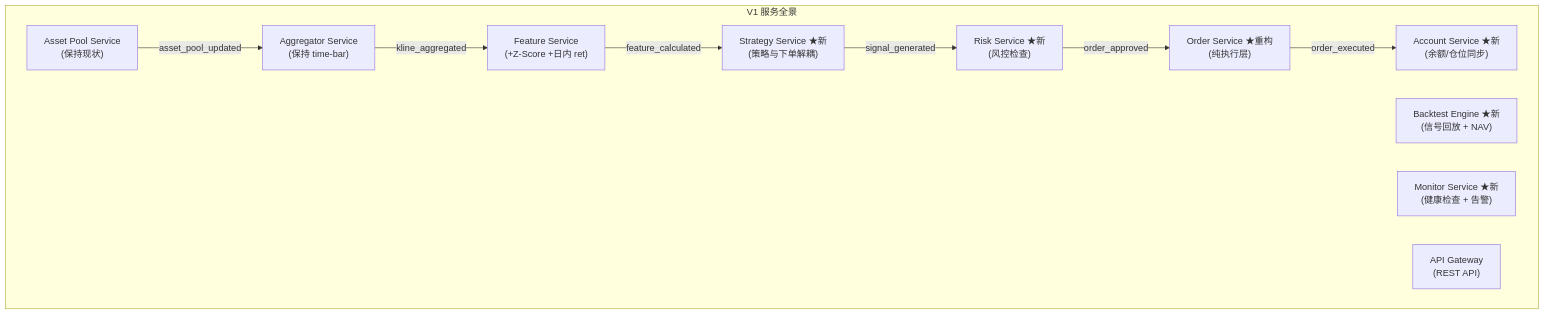
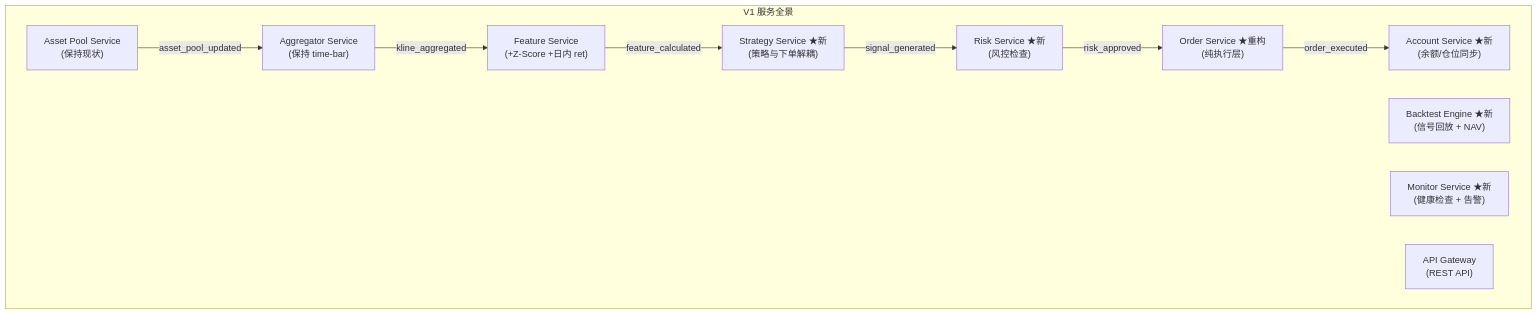
The first of 6 diagrams in content/overview/index.md (DragonQuantt/docs), drawn with Mermaid before and after one commit. The commit also changed other lines of this file and 3 other files, not shown here.

Commit message:
Update Redis and architecture documentation to replace `order_approved` with `risk_approved`.

````diff
--- a/content/overview/index.md
+++ b/content/overview/index.md
@@ -45,16 +45,16 @@
 ```mermaid
 flowchart TD
     subgraph v1Services ["V1 服务全景"]
         AssetPool["Asset Pool Service\n(保持现状)"]
         AssetPool -->|asset_pool_updated| Aggregator["Aggregator Service\n(保持 time-bar)"]
         Aggregator -->|kline_aggregated| Feature["Feature Service\n(+Z-Score +日内 ret)"]
         Feature -->|feature_calculated| Strategy["Strategy Service ★新\n(策略与下单解耦)"]
         Strategy -->|signal_generated| Risk["Risk Service ★新\n(风控检查)"]
-        Risk -->|order_approved| Order["Order Service ★重构\n(纯执行层)"]
+        Risk -->|risk_approved| Order["Order Service ★重构\n(纯执行层)"]
         Order -->|order_executed| Account["Account Service ★新\n(余额/仓位同步)"]
 
         Backtest["Backtest Engine ★新\n(信号回放 + NAV)"]
         MonitorV1["Monitor Service ★新\n(健康检查 + 告警)"]
         Gateway["API Gateway\n(REST API)"]
     end
 ```
````
